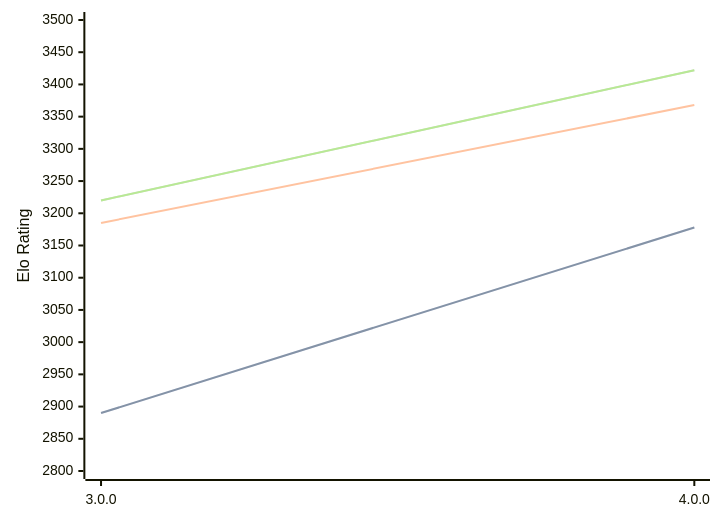
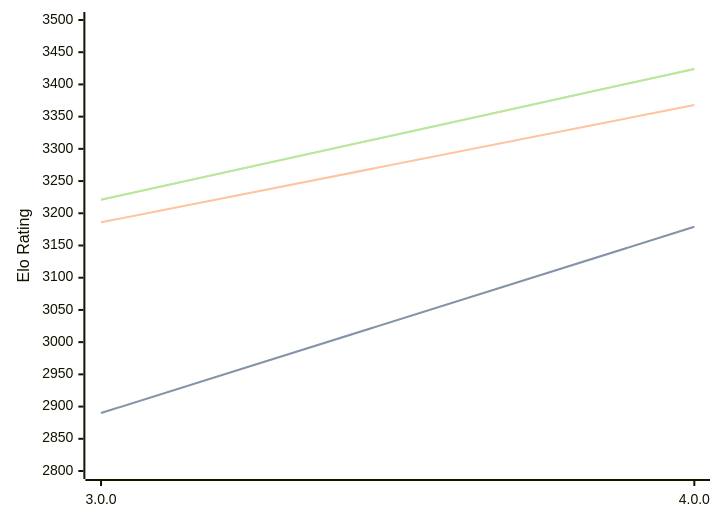
One commit to computer-chess-index/cci changed the diagram in engines/Avalanche.md. Above: the diagram before and after it, drawn with Mermaid. The commit also changed other lines of this file, not shown here.

Commit message:
Update CCI Ratings (ELO VLTC) - 2026-08-19

````diff
--- a/engines/Avalanche.md
+++ b/engines/Avalanche.md
@@ -32,11 +32,11 @@
 ```mermaid
 %%{init: {"theme":"base","themeVariables":{"seriesColors:['#a3a3a3','#222221','#faa371']}}}%%
 xychart-beta
   x-axis ["3.0.0", "4.0.0"]
   y-axis "Elo Rating" 2800 --> 3500
-  line "STC (8.0+0.08s)" [2890, 3178]
-  line "STC (8.0+0.08s)" [2890, 3178]
-  line "LTC (60.0+0.60s)" [3185, 3368]
-  line "VLTC (2m24s+1.12s)" [3220, 3422]
-  line "VLTC (2m24s+1.12s)" [3220, 3422]
+  line "STC (8.0+0.08s)" [2890, 3179]
+  line "STC (8.0+0.08s)" [2890, 3179]
+  line "LTC (60.0+0.60s)" [3186, 3368]
+  line "VLTC (2m24s+1.12s)" [3221, 3424]
+  line "VLTC (2m24s+1.12s)" [3221, 3424]
 ```
````
